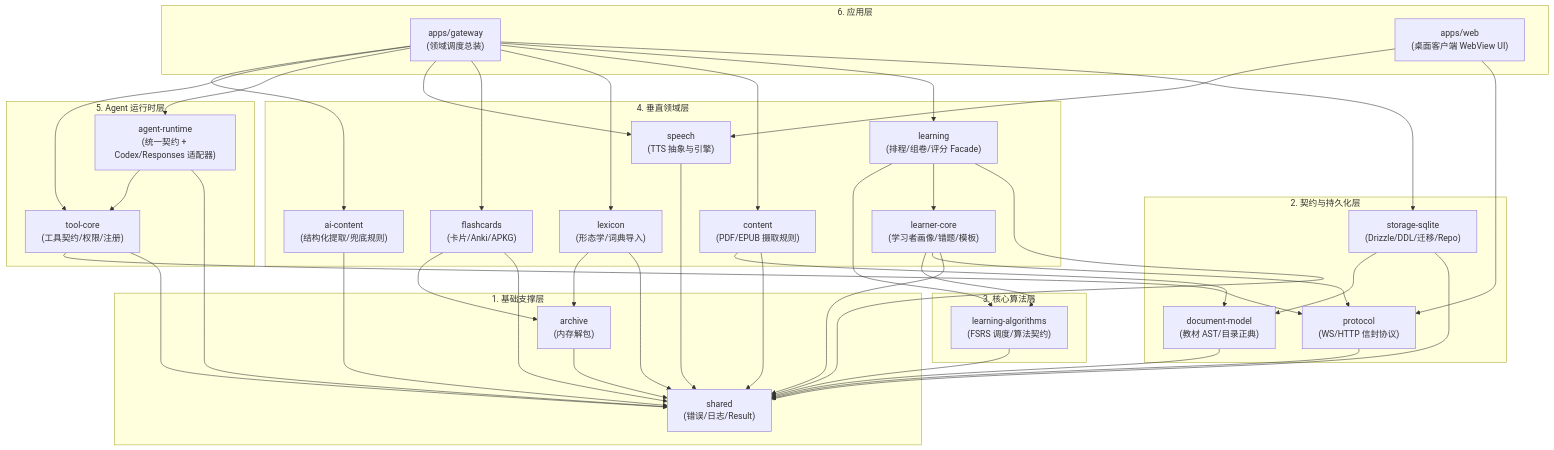
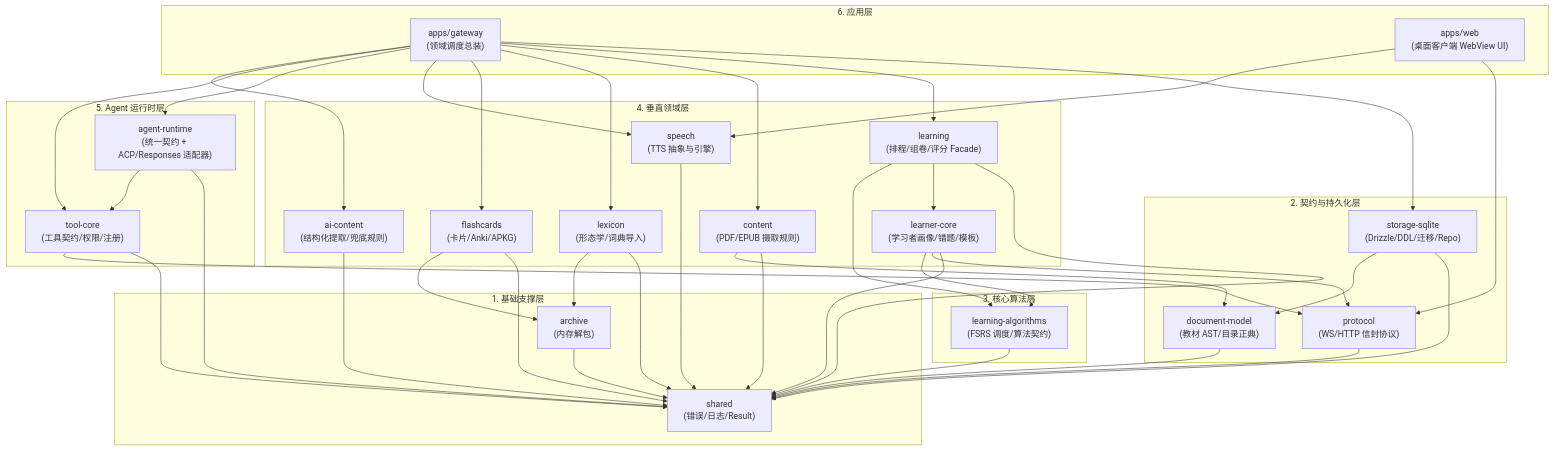
The diagram in packages/README.md (yitom486/lexdistill), drawn with Mermaid before and after one commit. The commit also changed other lines of this file and 1 other file, not shown here.

Commit message:
docs: record Codex retirement in migration log

````diff
--- a/packages/README.md
+++ b/packages/README.md
@@ -43,81 +43,81 @@
 ```mermaid
 flowchart TD
     subgraph L1_Foundation["1. 基础支撑层"]
         Shared["shared<br/>(错误/日志/Result)"]
         Archive["archive<br/>(内存解包)"]
     end
 
     subgraph L2_DataContracts["2. 契约与持久化层"]
         Protocol["protocol<br/>(WS/HTTP 信封协议)"]
         DocModel["document-model<br/>(教材 AST/目录正典)"]
         Storage["storage-sqlite<br/>(Drizzle/DDL/迁移/Repo)"]
     end
 
     subgraph L3_Algorithms["3. 核心算法层"]
         Alg["learning-algorithms<br/>(FSRS 调度/算法契约)"]
     end
 
     subgraph L4_Domains["4. 垂直领域层"]
         Learner["learner-core<br/>(学习者画像/错题/模板)"]
         Learning["learning<br/>(排程/组卷/评分 Facade)"]
         Flashcards["flashcards<br/>(卡片/Anki/APKG)"]
         Lexicon["lexicon<br/>(形态学/词典导入)"]
         Content["content<br/>(PDF/EPUB 摄取规则)"]
         Speech["speech<br/>(TTS 抽象与引擎)"]
         AIContent["ai-content<br/>(结构化提取/兜底规则)"]
     end
 
     subgraph L5_AgentSystem["5. Agent 运行时层"]
         ToolCore["tool-core<br/>(工具契约/权限/注册)"]
-        AgentRuntime["agent-runtime<br/>(统一契约 + Codex/Responses 适配器)"]
+        AgentRuntime["agent-runtime<br/>(统一契约 + ACP/Responses 适配器)"]
     end
 
     subgraph L6_Applications["6. 应用层"]
         Gateway["apps/gateway<br/>(领域调度总装)"]
         Web["apps/web<br/>(桌面客户端 WebView UI)"]
     end
 
     %% 基础依赖
     Archive --> Shared
     Protocol --> Shared
     DocModel --> Shared
     Storage --> Shared
     Storage --> DocModel
     Alg --> Shared
 
     %% 领域层依赖
     Learner --> Shared
     Learner --> Protocol
     Learner --> Alg
     Learning --> Shared
     Learning --> Learner
     Learning --> Alg
     Flashcards --> Shared
     Flashcards --> Archive
     Lexicon --> Shared
     Lexicon --> Archive
     Content --> Shared
     Content --> DocModel
     Speech --> Shared
     AIContent --> Shared
 
     %% Agent 层依赖
     ToolCore --> Shared
     ToolCore --> Protocol
     AgentRuntime --> Shared
     AgentRuntime --> ToolCore
 
     %% 应用层装配
     Gateway --> Storage
     Gateway --> Learning
     Gateway --> Content
     Gateway --> Lexicon
     Gateway --> Flashcards
     Gateway --> Speech
     Gateway --> AgentRuntime
     Gateway --> ToolCore
     Gateway --> AIContent
 
     Web --> Protocol
     Web --> Speech
 ```
````
